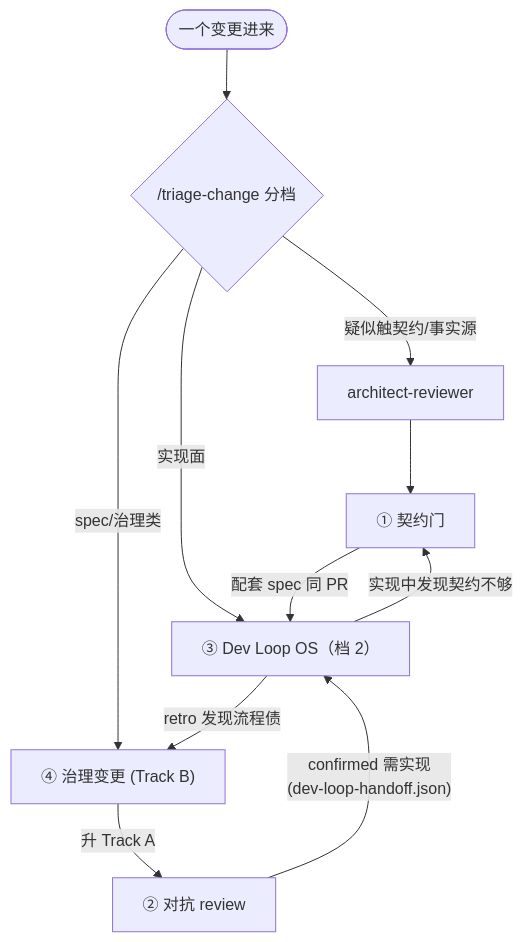
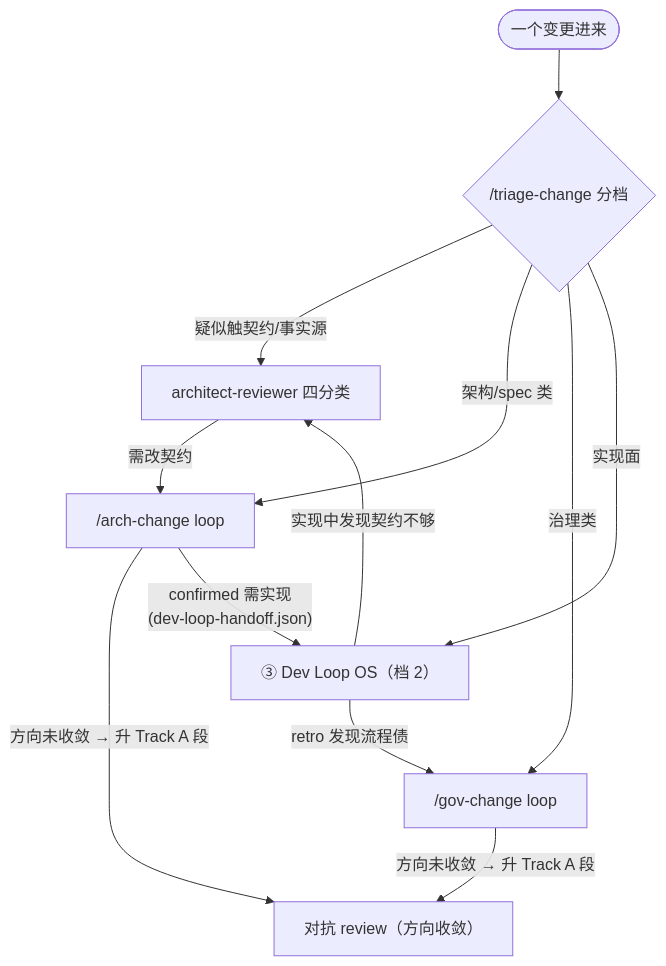
The fifth of 5 diagrams in docs/DEV-GOVERNANCE.md (fandanpeng/KidPal), drawn with Mermaid before and after one commit. The commit also changed other lines of this file and 46 other files, not shown here.

First line of the commit message:
landing(261015-gov-review-face-loop-unify): 四面 loop 元结构落地——/arch-change repurposing + /gov-change 新建 + 契约去人签门改机械凭据闸 + cast 统一

````diff
--- a/docs/DEV-GOVERNANCE.md
+++ b/docs/DEV-GOVERNANCE.md
@@ -167,13 +155,14 @@
 ```mermaid
 flowchart TD
     START(["一个变更进来"]) --> TRIAGE{"/triage-change 分档"}
-    TRIAGE -->|"疑似触契约/事实源"| AR["architect-reviewer"]
-    AR --> GATE1["① 契约门"]
-    TRIAGE -->|"spec/治理类"| GOV["④ 治理变更 (Track B)"]
-    GOV -->|"升 Track A"| ADV["② 对抗 review"]
+    TRIAGE -->|"疑似触契约/事实源"| AR["architect-reviewer 四分类"]
+    AR -->|"需改契约"| ALOOP["/arch-change loop"]
+    TRIAGE -->|"架构/spec 类"| ALOOP
+    TRIAGE -->|"治理类"| GOV["/gov-change loop"]
+    ALOOP -->|"方向未收敛 → 升 Track A 段"| ADV["对抗 review（方向收敛）"]
+    GOV -->|"方向未收敛 → 升 Track A 段"| ADV
     TRIAGE -->|"实现面"| DEV["③ Dev Loop OS（档 2）"]
-    GATE1 -->|"配套 spec 同 PR"| DEV
-    ADV -->|"confirmed 需实现<br/>(dev-loop-handoff.json)"| DEV
-    DEV -->|"实现中发现契约不够"| GATE1
+    ALOOP -->|"confirmed 需实现<br/>(dev-loop-handoff.json)"| DEV
+    DEV -->|"实现中发现契约不够"| AR
     DEV -->|"retro 发现流程债"| GOV
 ```
````
